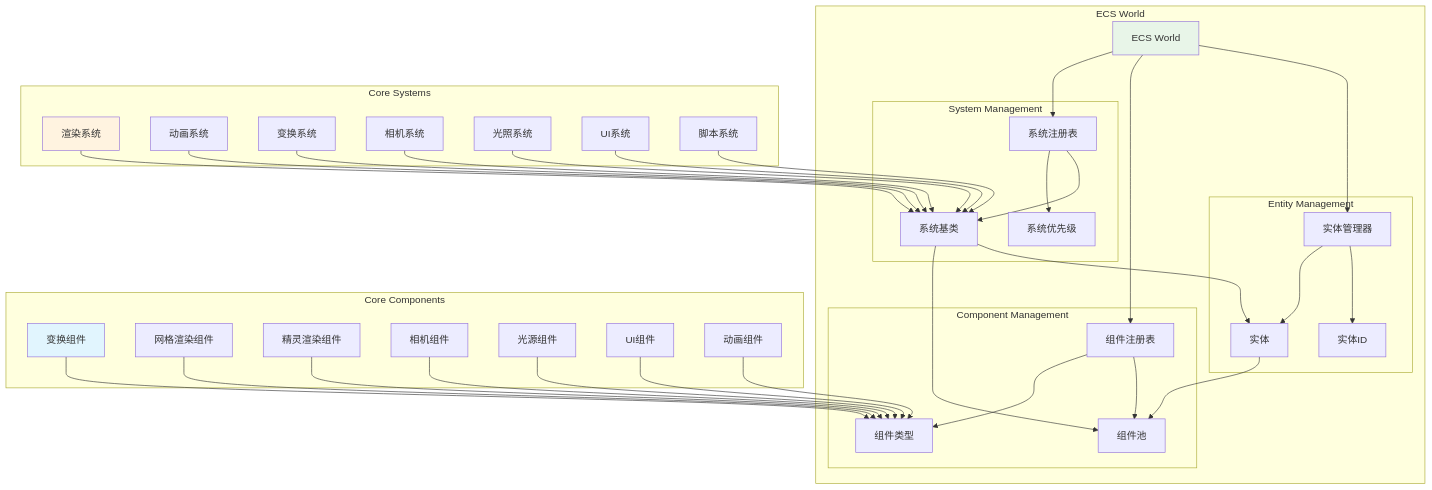
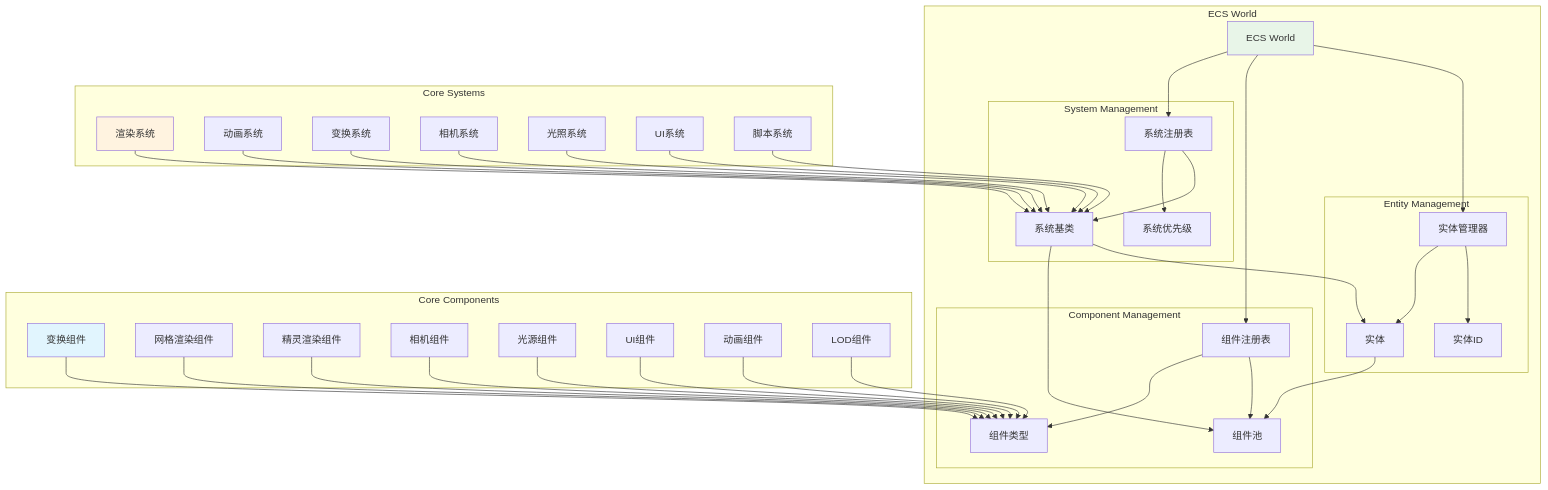
The second of 11 diagrams in docs/PROJECT_STRUCTURE_DIAGRAM.md (Linductor-alkaid/render), drawn with Mermaid before and after one commit. The commit also changed other lines of this file and 2 other files, not shown here.

```diff
--- a/docs/PROJECT_STRUCTURE_DIAGRAM.md
+++ b/docs/PROJECT_STRUCTURE_DIAGRAM.md
@@ -209,6 +217,7 @@
         LightComponent[光源组件]
         UIComponent[UI组件]
         AnimationComponent[动画组件]
+        LODComponent[LOD组件]
 
         TransformComponent --> ComponentType
         MeshRenderComponent --> ComponentType
@@ -217,6 +226,7 @@
         LightComponent --> ComponentType
         UIComponent --> ComponentType
         AnimationComponent --> ComponentType
+        LODComponent --> ComponentType
     end
 
     subgraph "Core Systems"
```
